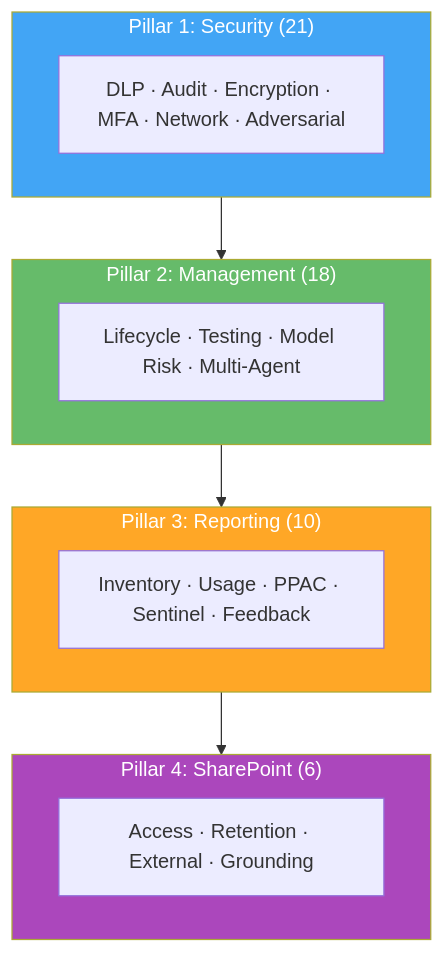
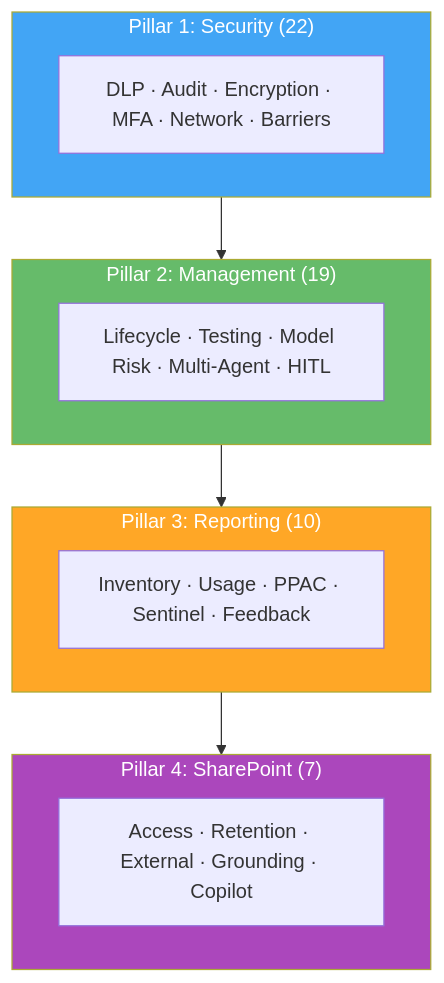
One commit to judeper/FSI-AgentGov changed the first of 3 diagrams in docs/getting-started/overview.md. Above: the diagram before and after it, drawn with Mermaid. The commit also changed other lines of this file and 10 other files, not shown here.

````diff
--- a/docs/getting-started/overview.md
+++ b/docs/getting-started/overview.md
@@ -94,22 +94,22 @@
 ```mermaid
 graph TB
-    subgraph P4["Pillar 4: SharePoint (6)"]
-        SP[Access · Retention · External · Grounding]
+    subgraph P4["Pillar 4: SharePoint (7)"]
+        SP[Access · Retention · External · Grounding · Copilot]
     end
     subgraph P3["Pillar 3: Reporting (10)"]
         RP[Inventory · Usage · PPAC · Sentinel · Feedback]
     end
-    subgraph P2["Pillar 2: Management (18)"]
-        MG[Lifecycle · Testing · Model Risk · Multi-Agent]
+    subgraph P2["Pillar 2: Management (19)"]
+        MG[Lifecycle · Testing · Model Risk · Multi-Agent · HITL]
     end
-    subgraph P1["Pillar 1: Security (21)"]
-        SC[DLP · Audit · Encryption · MFA · Network · Adversarial]
+    subgraph P1["Pillar 1: Security (22)"]
+        SC[DLP · Audit · Encryption · MFA · Network · Barriers]
     end
 
     P1 --> P2 --> P3 --> P4
 
     style P1 fill:#42A5F5,color:#fff
     style P2 fill:#66BB6A,color:#fff
     style P3 fill:#FFA726,color:#fff
     style P4 fill:#AB47BC,color:#fff
 ```
````
